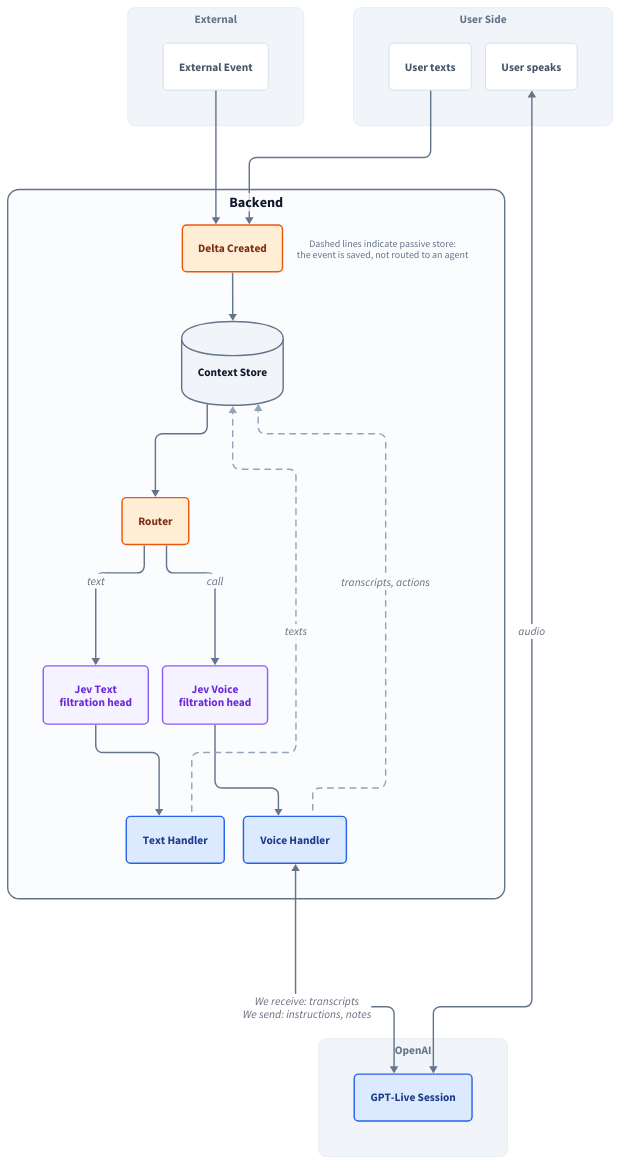
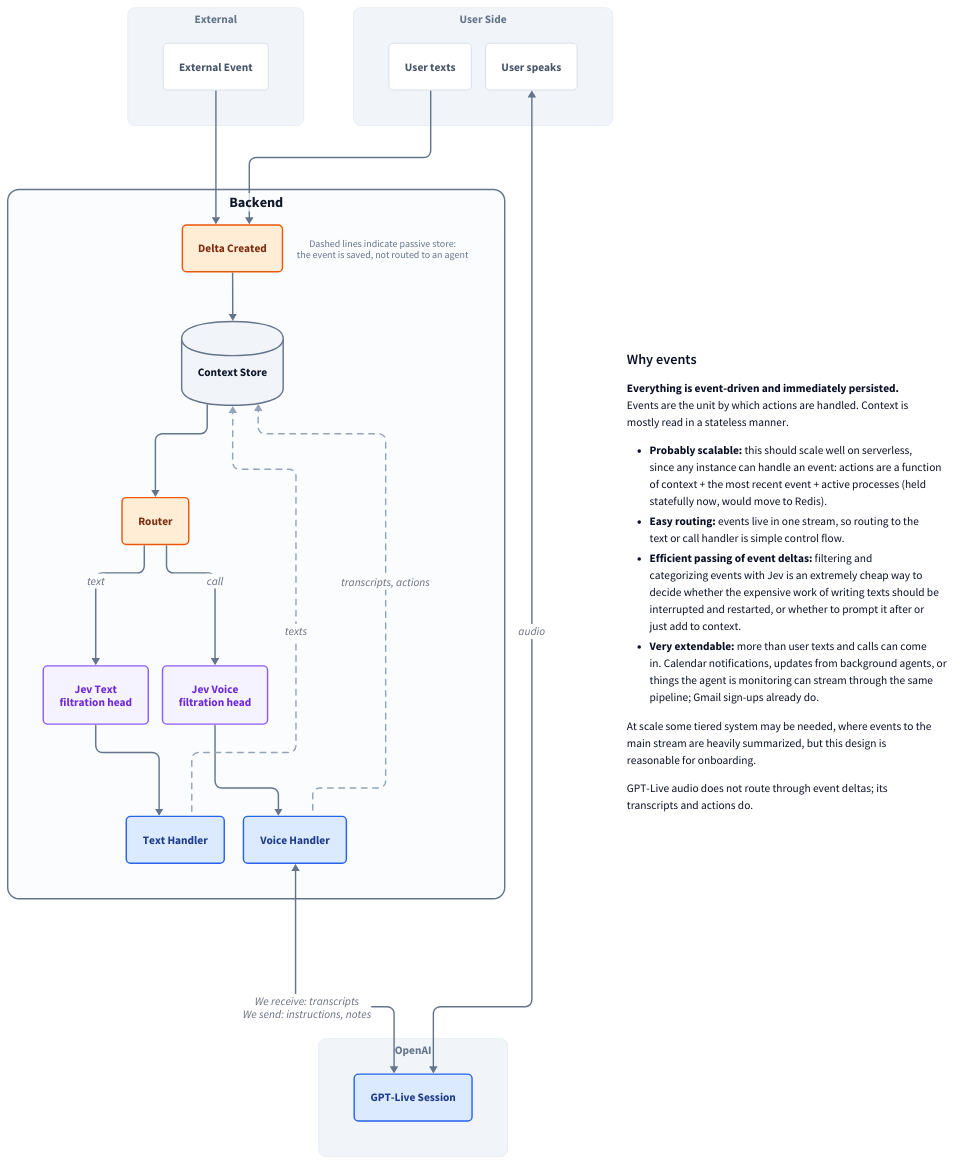
The diagram in docs/diagrams/routing.d2 (scaryjoshie/persona-takehome), drawn with D2 before and after one commit. The commit also changed 4 other files, not shown here.

Commit message:
Docs: README describes the current design (Call Agent, two keys, instructions.append, spoken order), the why-events notes (also on the routing diagram), published Google app; design-doc index says where the build ended up

```diff
--- a/docs/diagrams/routing.d2
+++ b/docs/diagrams/routing.d2
@@ -1,65 +1,98 @@
 # Event routing. Render: d2 routing.d2 routing.svg
 # Styling follows cado's tools/depgraph/arch.d2: white leaves on tinted trays, slate edges.
 vars: {
   d2-config: { layout-engine: elk; theme-id: 0; pad: 40 }
 }
 direction: down
 
 classes: {
   leaf: { style: { fill: "#FFFFFF"; stroke: "#CBD5E1"; stroke-width: 1; border-radius: 6; font-color: "#475569" } }
   flow: { style: { fill: "#FFEDD5"; stroke: "#EA580C"; stroke-width: 2; border-radius: 6; font-color: "#7C2D12"; bold: true } }
   agent: { style: { fill: "#DBEAFE"; stroke: "#2563EB"; stroke-width: 2; border-radius: 6; font-color: "#1E3A8A" } }
   jev: { style: { fill: "#F5F3FF"; stroke: "#8B5CF6"; stroke-width: 2; border-radius: 6; font-color: "#6D28D9"; italic: true } }
   store: { shape: cylinder; style: { fill: "#F1F5F9"; stroke: "#64748B"; stroke-width: 2; font-color: "#0F172A" } }
   domain: { style: { fill: "#FBFCFE"; stroke: "#64748B"; stroke-width: 2; border-radius: 16; font-color: "#0F172A"; bold: true; font-size: 20 } }
   layer: { style: { fill: "#F1F5F9"; stroke: "#E2E8F0"; stroke-width: 1; border-radius: 10; font-color: "#64748B"; font-size: 16; bold: true } }
   wire: { style: { stroke: "#64748B"; stroke-width: 2 } }
   passive: { style: { stroke: "#94A3B8"; stroke-width: 2; stroke-dash: 4 } }
 }
 
 external: "External" {
   class: layer
   event: "External Event" { class: leaf }
 }
 
 user: "User Side" {
   class: layer
   texts: "User texts" { class: leaf }
   speaks: "User speaks" { class: leaf }
 }
 
 backend: "Backend" {
   class: domain
   delta: "Delta Created" { class: flow }
   store: "Context Store" { class: store }
   router: "Router" { class: flow }
   jev_text: "Jev Text\nfiltration head" { class: jev }
   jev_voice: "Jev Voice\nfiltration head" { class: jev }
   text: "Text Handler" { class: agent }
   voice: "Voice Handler" { class: agent }
   note: "Dashed lines indicate passive store:\nthe event is saved, not routed to an agent" {
     shape: text
     style.font-color: "#64748B"
     style.font-size: 14
   }
 
   delta -> store: { class: wire }
   store -> router: { class: wire }
   router -> jev_text: "text" { class: wire }
   router -> jev_voice: "call" { class: wire }
   jev_text -> text: { class: wire }
   jev_voice -> voice: { class: wire }
   # written store <- handler so these don't change the left-to-right order
   store <- text: "texts" { class: passive }
   store <- voice: "transcripts, actions" { class: passive }
 }
 
 openai: "OpenAI" {
   class: layer
   live: "GPT-Live Session" { class: agent }
 }
 
 external.event -> backend.delta: { class: wire }
 user.texts -> backend.delta: { class: wire }
 user.speaks <-> openai.live: "audio" { class: wire }
 backend.voice <-> openai.live: "We receive: transcripts\nWe send: instructions, notes" { class: wire }
+
+why: |md
+  ### Why events
+
+  **Everything is event-driven and immediately persisted.** \
+  Events are the unit by which actions are handled. Context is \
+  mostly read in a stateless manner.
+
+  - **Probably scalable:** this should scale well on serverless, \
+    since any instance can handle an event: actions are a function \
+    of context + the most recent event + active processes (held \
+    statefully now, would move to Redis).
+  - **Easy routing:** events live in one stream, so routing to the \
+    text or call handler is simple control flow.
+  - **Efficient passing of event deltas:** filtering and \
+    categorizing events with Jev is an extremely cheap way to \
+    decide whether the expensive work of writing texts should be \
+    interrupted and restarted, or whether to prompt it after or \
+    just add to context.
+  - **Very extendable:** more than user texts and calls can come \
+    in. Calendar notifications, updates from background agents, or \
+    things the agent is monitoring can stream through the same \
+    pipeline; Gmail sign-ups already do.
+
+  At scale some tiered system may be needed, where events to the \
+  main stream are heavily summarized, but this design is \
+  reasonable for onboarding.
+
+  GPT-Live audio does not route through event deltas; its \
+  transcripts and actions do.
+| {
+  near: center-right
+}
```
